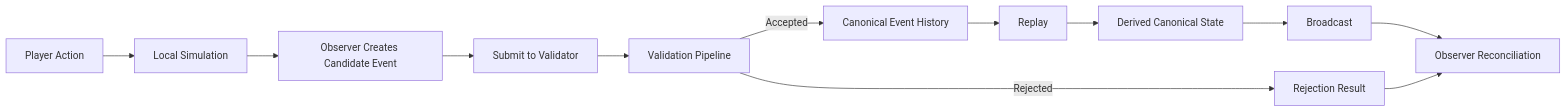
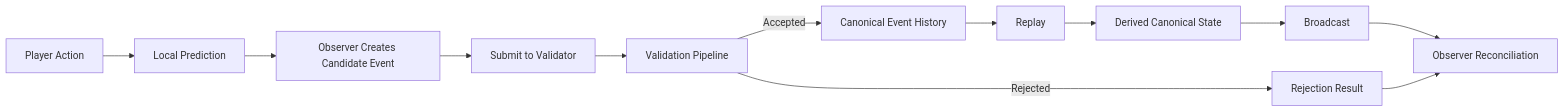
One commit to godofthunder101/crypsa-architecture changed the diagram in README.md. Above: the diagram before and after it, drawn with Mermaid. The commit also changed other lines of this file, not shown here.

`````diff
--- a/README.md
+++ b/README.md
@@ -181,19 +205,19 @@
 ```mermaid
 flowchart LR  
 
-A[Player Action] --> B[Local Simulation]  
+A[Player Action] --> B[Local Prediction]  
 B --> C[Observer Creates Candidate Event]  
 C --> D[Submit to Validator]  
 
 D --> E[Validation Pipeline]  
 
 E -->|Accepted| F[Canonical Event History]  
 E -->|Rejected| G[Rejection Result]  
 
 F --> H[Replay]  
 H --> I[Derived Canonical State]  
 I --> J[Broadcast]  
 
 J --> K[Observer Reconciliation]  
 G --> K
-````
+```
`````
